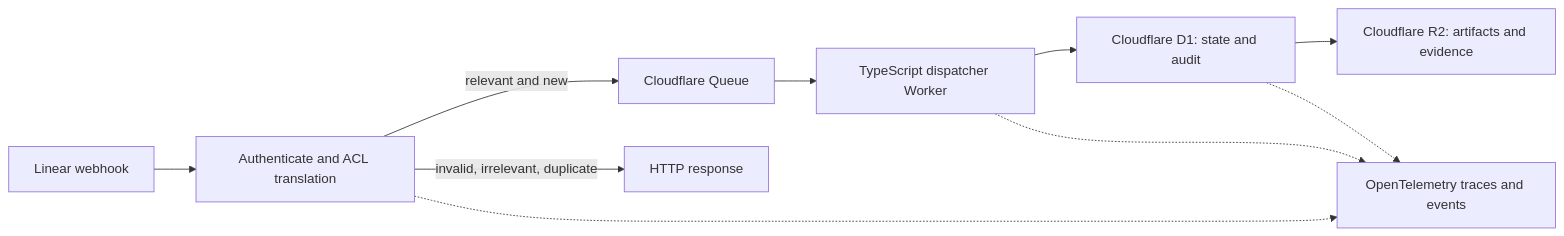
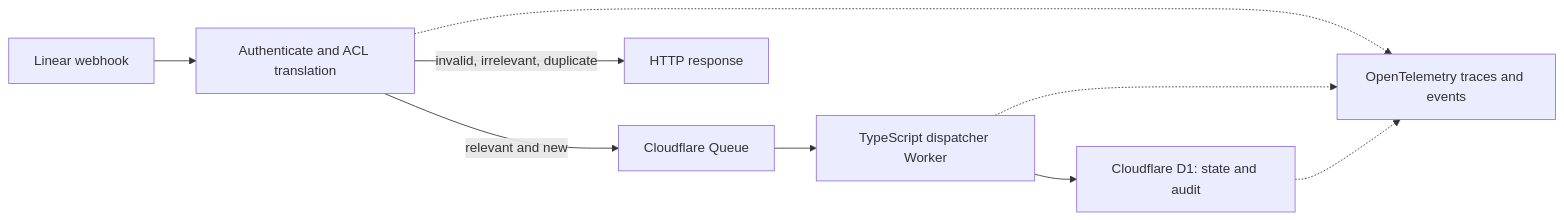
One commit to sachinkundu/deos changed the diagram in openspec/changes/initial-architecture/design.md. Above: the diagram before and after it, drawn with Mermaid. The commit also changed other lines of this file and 2 other files, not shown here.

Commit message:
Defer R2 provenance from initial architecture

````diff
--- a/openspec/changes/initial-architecture/design.md
+++ b/openspec/changes/initial-architecture/design.md
@@ -21,12 +21,11 @@
 ```mermaid
 flowchart LR
   request[Linear webhook] --> ingress[Authenticate and ACL translation]
   ingress -->|relevant and new| queue[Cloudflare Queue]
   ingress -->|invalid, irrelevant, duplicate| response[HTTP response]
   queue --> dispatcher[TypeScript dispatcher Worker]
   dispatcher --> state[Cloudflare D1: state and audit]
-  state --> artifacts[Cloudflare R2: artifacts and evidence]
   ingress -.-> telemetry[OpenTelemetry traces and events]
   dispatcher -.-> telemetry
   state -.-> telemetry
 ```
````
